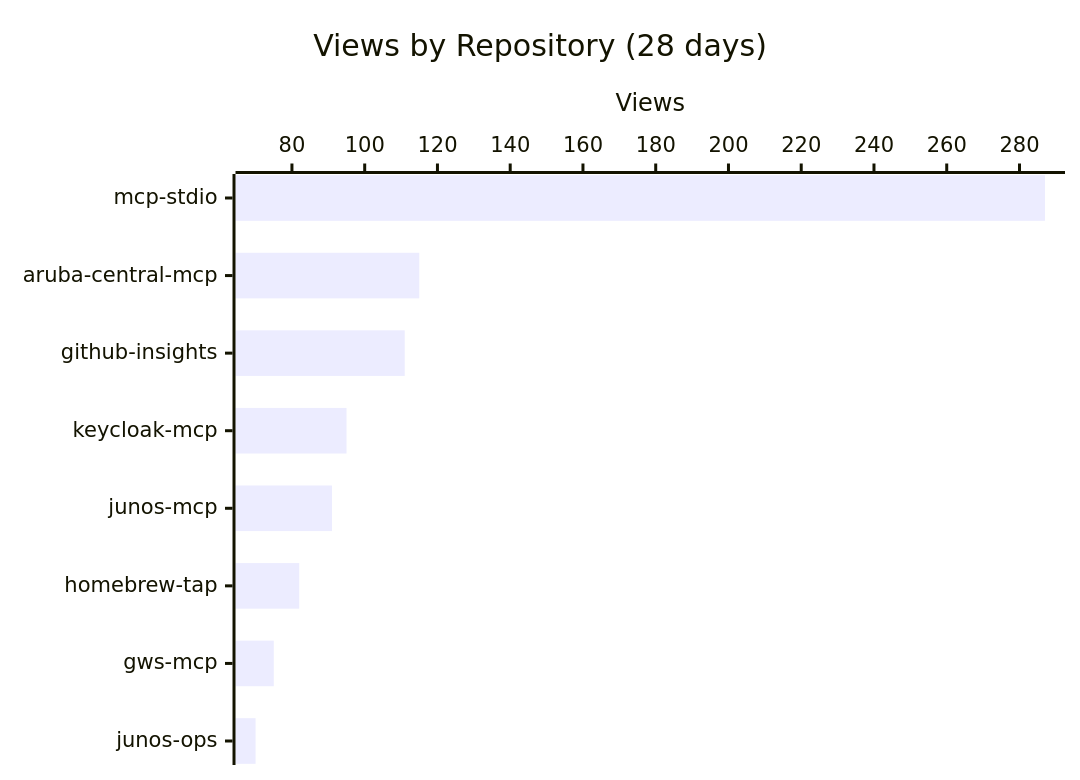
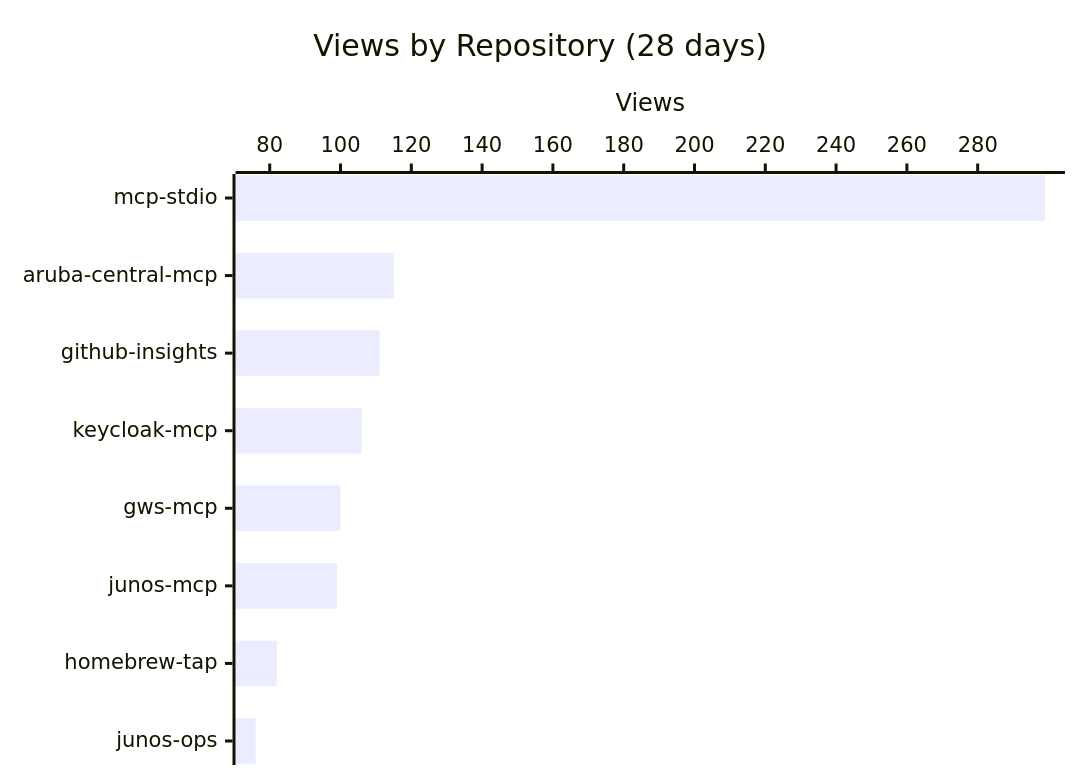
Before and after one commit to shigechika/github-insights: the first of 3 diagrams in README.md, drawn with Mermaid. The commit also changed other lines of this file and 1 other file, not shown here.

````diff
--- a/README.md
+++ b/README.md
@@ -12,7 +12,7 @@
 ```mermaid
 xychart-beta horizontal
     title "Views by Repository (28 days)"
-    x-axis ["mcp-stdio", "aruba-central-mcp", "github-insights", "keycloak-mcp", "junos-mcp", "homebrew-tap", "gws-mcp", "junos-ops"]
+    x-axis ["mcp-stdio", "aruba-central-mcp", "github-insights", "keycloak-mcp", "gws-mcp", "junos-mcp", "homebrew-tap", "junos-ops"]
     y-axis "Views"
-    bar [287, 115, 111, 95, 91, 82, 75, 70]
+    bar [299, 115, 111, 106, 100, 99, 82, 76]
 ```
````
